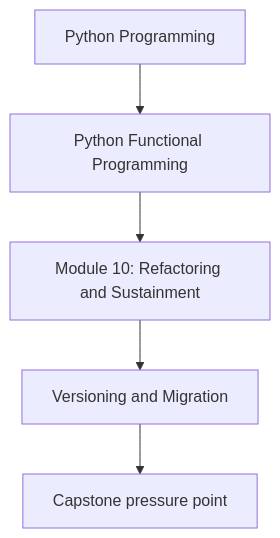
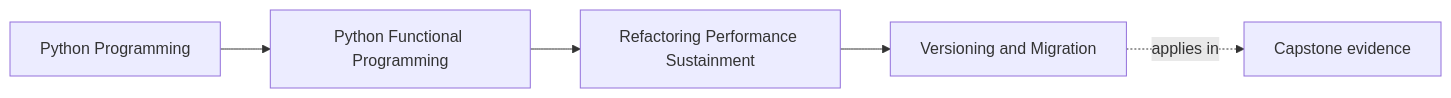
Before and after one commit to bijux/bijux-masterclass: the first of 2 diagrams in programs/python-programming/python-functional-programming/course-book/module-10-refactoring-performance-sustainment/versioning-and-migration.md, drawn with Mermaid. The commit also changed other lines of this file and 108 other files, not shown here.

Commit message:
docs(python-functional-programming): map capstone and advanced design surfaces

````diff
--- a/programs/python-programming/python-functional-programming/course-book/module-10-refactoring-performance-sustainment/versioning-and-migration.md
+++ b/programs/python-programming/python-functional-programming/course-book/module-10-refactoring-performance-sustainment/versioning-and-migration.md
@@ -7,7 +7,11 @@
 ```mermaid
-flowchart TD
-  family["Python Programming"] --> program["Python Functional Programming"]
-  program --> module["Module 10: Refactoring and Sustainment"]
-  module --> concept["Versioning and Migration"]
-  concept --> capstone["Capstone pressure point"]
+graph LR
+  family["Python Programming"]
+  program["Python Functional Programming"]
+  section["Refactoring Performance Sustainment"]
+  page["Versioning and Migration"]
+  capstone["Capstone evidence"]
+
+  family --> program --> section --> page
+  page -.applies in.-> capstone
 ```
````
